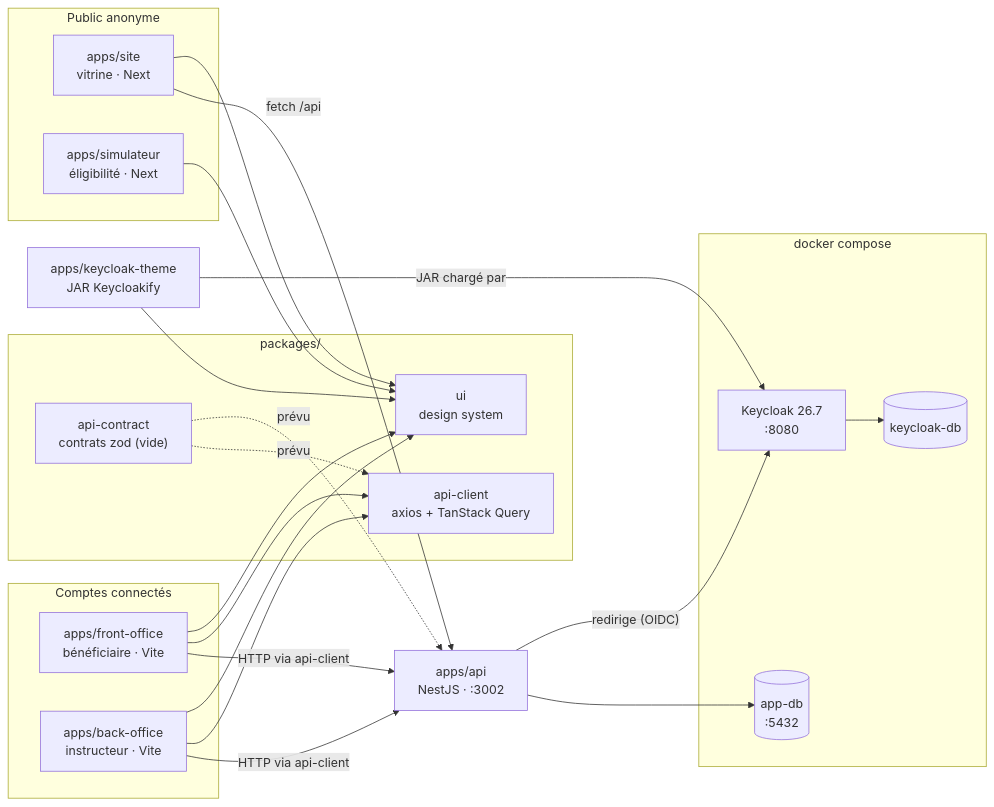
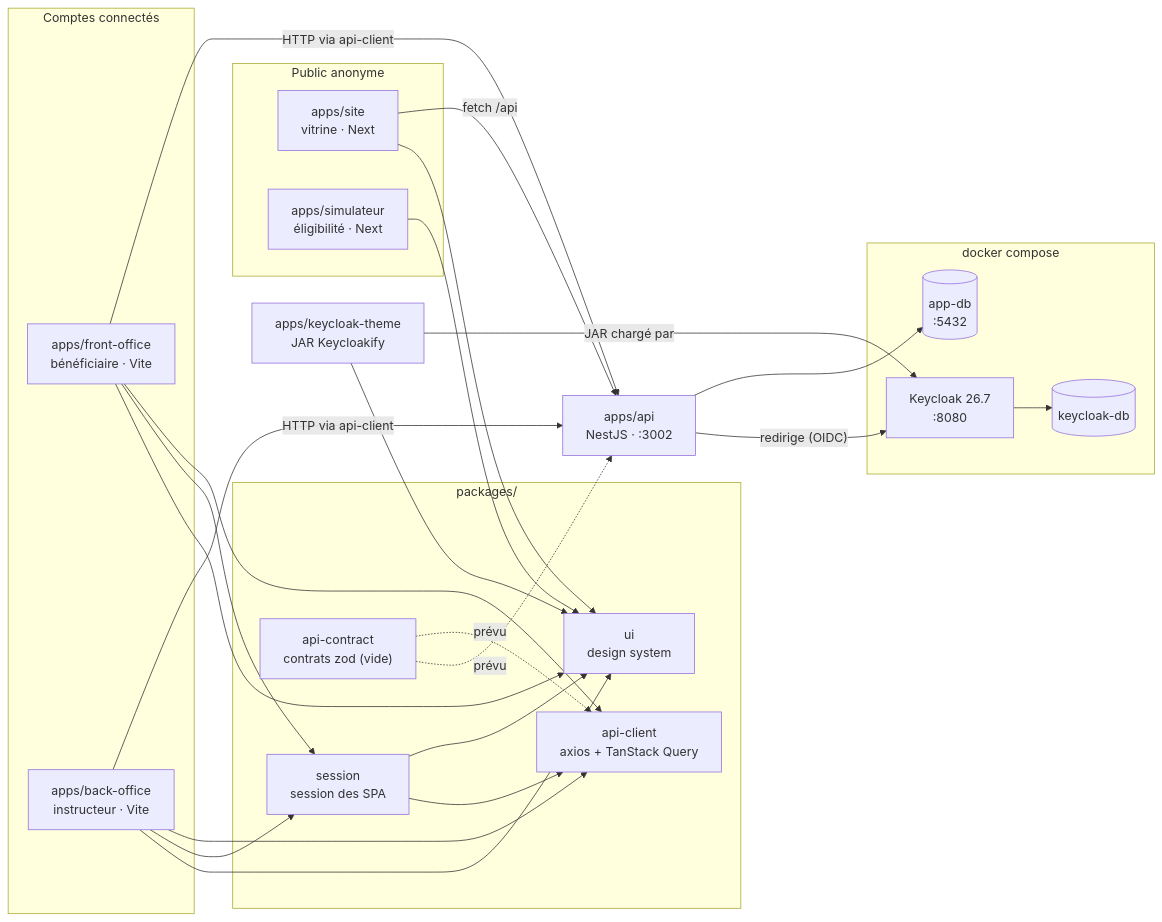
Before and after one commit to betagouv/etape: the diagram in docs/cartographie.md, drawn with Mermaid. The commit also changed other lines of this file and 3 other files, not shown here.

First line of the commit message:
Ajoute packages/session à la cartographie et aux consignes des fronts

````diff
--- a/docs/cartographie.md
+++ b/docs/cartographie.md
@@ -9,34 +9,37 @@
 ```mermaid
 flowchart LR
   subgraph public["Public anonyme"]
     site["apps/site<br/>vitrine · Next"]
     simulateur["apps/simulateur<br/>éligibilité · Next"]
   end
   subgraph connecte["Comptes connectés"]
     fo["apps/front-office<br/>bénéficiaire · Vite"]
     bo["apps/back-office<br/>instructeur · Vite"]
   end
   subgraph packages["packages/"]
     ui["ui<br/>design system"]
+    session["session<br/>session des SPA"]
     client["api-client<br/>axios + TanStack Query"]
     contract["api-contract<br/>contrats zod (vide)"]
   end
   subgraph docker["docker compose"]
     keycloak["Keycloak 26.7<br/>:8080"]
     kcdb[("keycloak-db")]
     appdb[("app-db<br/>:5432")]
   end
   api["apps/api<br/>NestJS · :3002"]
   theme["apps/keycloak-theme<br/>JAR Keycloakify"]
 
   site & simulateur & fo & bo & theme --> ui
+  fo & bo --> session
+  session --> client & ui
   fo & bo --> client
   contract -. prévu .-> api
   contract -. prévu .-> client
   site -- "fetch /api" --> api
   fo & bo -- "HTTP via api-client" --> api
   api -- "redirige (OIDC)" --> keycloak
   api --> appdb
   keycloak --> kcdb
   theme -- "JAR chargé par" --> keycloak
 ```
````
